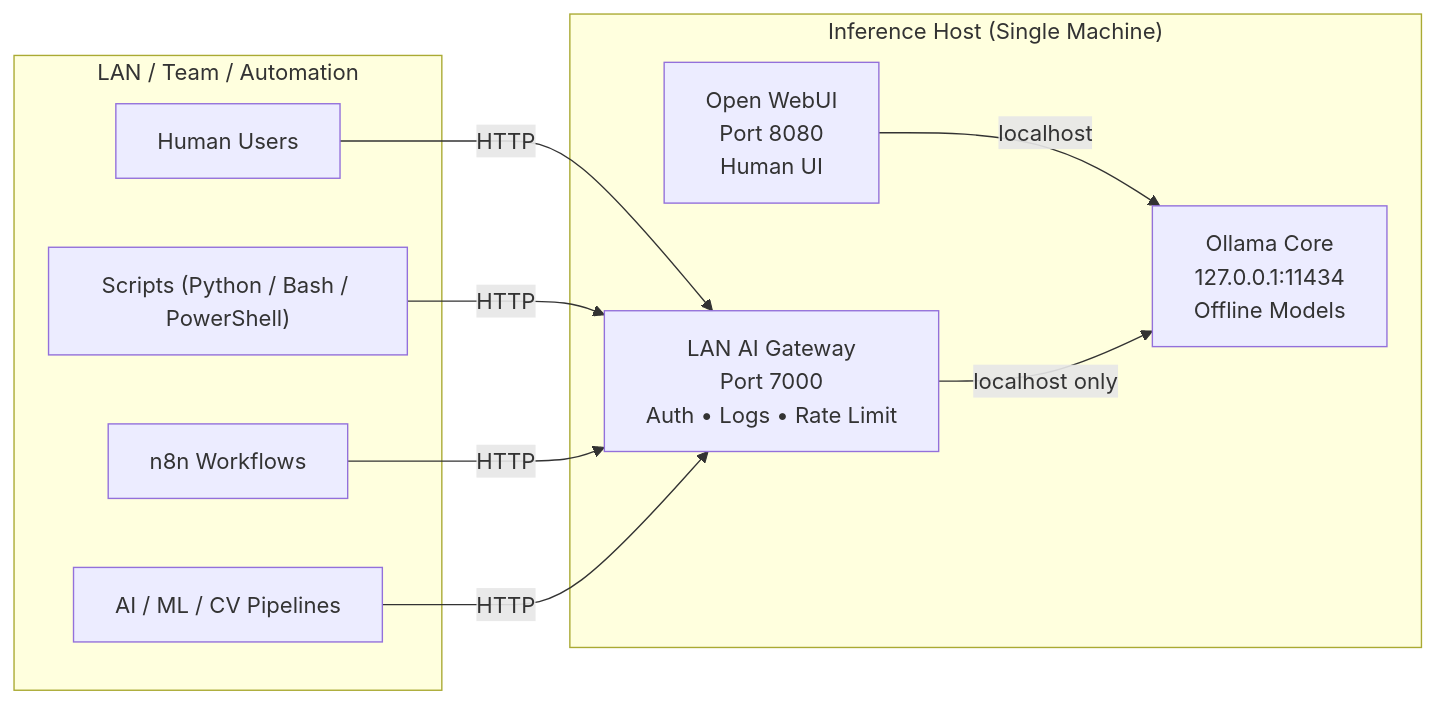
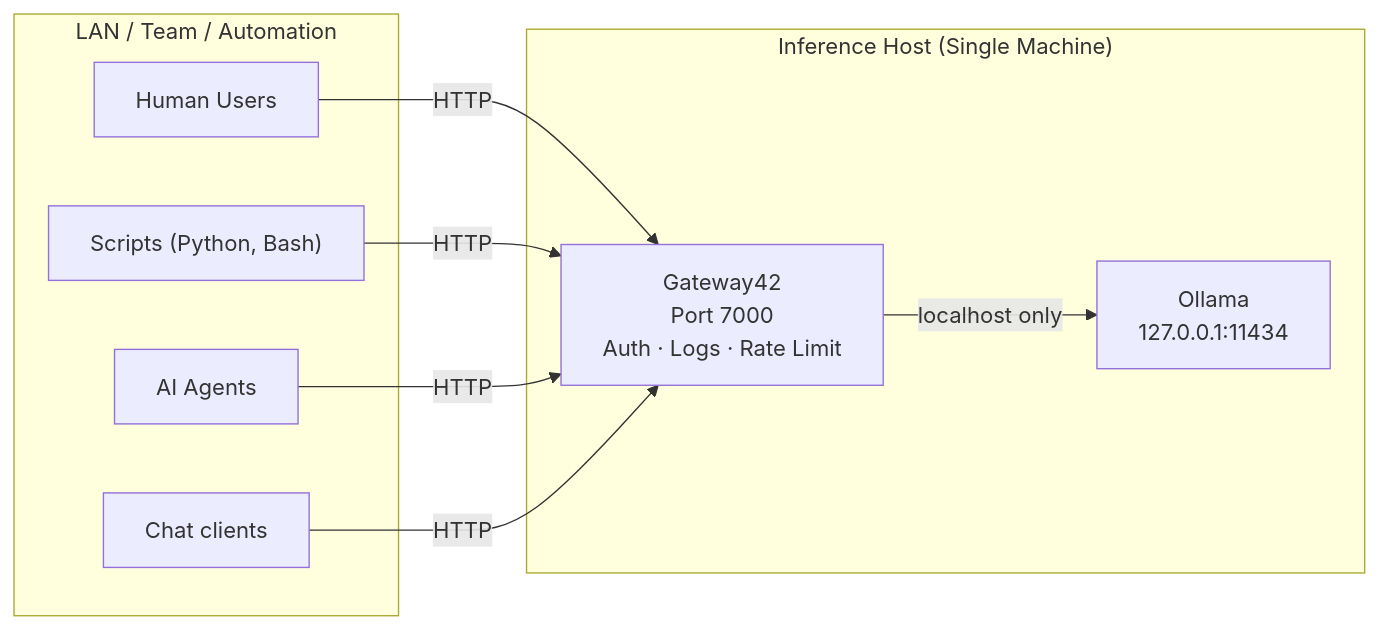
Before and after one commit to org42-consulting/gateway42: the diagram in README.md, drawn with Mermaid. The commit also changed other lines of this file, not shown here.

`````diff
--- a/README.md
+++ b/README.md
@@ -77,23 +10,17 @@
 ```mermaid
 flowchart LR
     subgraph Host["Inference Host (Single Machine)"]
-        OLLAMA["Ollama Core\n127.0.0.1:11434\nOffline Models"]
-        WEBUI["Open WebUI\nPort 8080\nHuman UI"]
-        GATEWAY["LAN AI Gateway\nPort 7000\nAuth • Logs • Rate Limit"]
-
-        WEBUI -->|localhost| OLLAMA
+        OLLAMA["Ollama\n127.0.0.1:11434"]
+        GATEWAY["Gateway42\nPort 7000\nAuth · Logs · Rate Limit"]
         GATEWAY -->|localhost only| OLLAMA
     end
 
     subgraph LAN["LAN / Team / Automation"]
         USERS["Human Users"]
-        SCRIPTS["Scripts (Python / Bash / PowerShell)"]
-        N8N["n8n Workflows"]
-        PIPE["AI / ML / CV Pipelines"]
+        SCRIPTS["Scripts (Python, Bash)"]
+        AGENTS["AI Agents"]
+        CHAT["Chat clients"]
     end
 
-    USERS -->|HTTP| GATEWAY
-    SCRIPTS -->|HTTP| GATEWAY
-    N8N -->|HTTP| GATEWAY
-    PIPE -->|HTTP| GATEWAY
-````
+    USERS & SCRIPTS & AGENTS & CHAT -->|HTTP| GATEWAY
+```
`````
